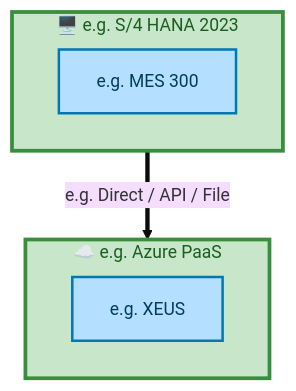
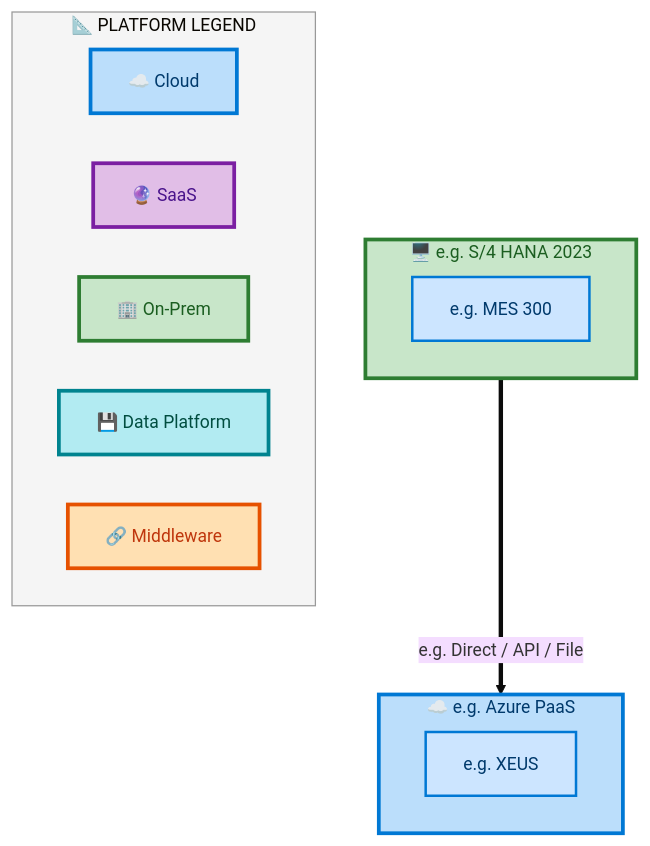
One commit to sajivfrancis777/IAO-Architecture changed the seventh of 7 diagrams in towers/E2E/Procure to Pay/E2E-107/output/docs/systems-architecture/E2E-107-Architecture.md. Above: the diagram before and after it, drawn with Mermaid. The commit also changed other lines of this file and 394 other files, not shown here.

First line of the commit message:
feat: structured layer ordering for Mermaid architecture diagrams

````diff
--- a/towers/E2E/Procure to Pay/E2E-107/output/docs/systems-architecture/E2E-107-Architecture.md
+++ b/towers/E2E/Procure to Pay/E2E-107/output/docs/systems-architecture/E2E-107-Architecture.md
@@ -601,22 +634,36 @@
 ```mermaid
 %%{init: {"theme": "base", "securityLevel": "loose", "themeVariables": {"fontSize": "14px", "fontFamily": "Segoe UI, Arial"}, "flowchart": {"useMaxWidth": false, "htmlLabels": true, "nodeSpacing": 40, "rankSpacing": 50}} }%%
 flowchart TB
-    classDef appBox fill:#B5DFFF,stroke:#0077B6,stroke-width:2px,color:#003D5B
-    classDef platBox fill:#C8E6C9,stroke:#388E3C,stroke-width:3px,color:#1B5E20
-    classDef eolBox fill:#FFB5B5,stroke:#CC0000,stroke-width:2px,color:#660000
+    classDef appBox fill:#CCE5FF,stroke:#0078D4,stroke-width:2px,color:#003A6C
+    classDef platBox fill:#C8E6C9,stroke:#2E7D32,stroke-width:3px,color:#1B5E20
+    classDef eolBox fill:#FFCDD2,stroke:#C62828,stroke-width:2px,color:#B71C1C
 
     subgraph E2E107FPLP_e_g_Azure_PaaS["☁️ e.g. Azure PaaS"]
         direction LR
         E2E107FPLA_e_g_XEUS["e.g. XEUS"]:::appBox
     end
-    style E2E107FPLP_e_g_Azure_PaaS fill:#C8E6C9,stroke:#388E3C,stroke-width:3px,color:#1B5E20
+    style E2E107FPLP_e_g_Azure_PaaS fill:#BBDEFB,stroke:#0078D4,stroke-width:3px,color:#003A6C
 
     subgraph E2E107FPLP_e_g_S_4_HANA_2023["🖥️ e.g. S/4 HANA 2023"]
         direction LR
         E2E107FPLA_e_g_MES_300["e.g. MES 300"]:::appBox
     end
-    style E2E107FPLP_e_g_S_4_HANA_2023 fill:#C8E6C9,stroke:#388E3C,stroke-width:3px,color:#1B5E20
+    style E2E107FPLP_e_g_S_4_HANA_2023 fill:#C8E6C9,stroke:#2E7D32,stroke-width:3px,color:#1B5E20
 
     E2E107FPLP_e_g_S_4_HANA_2023 ==>|"e.g. Direct / API / File"| E2E107FPLP_e_g_Azure_PaaS
 
+    subgraph E2E107FPLLegend["📐 PLATFORM LEGEND"]
+        direction LR
+        E2E107FPLLC["☁️ Cloud"]
+        E2E107FPLLS["🔮 SaaS"]
+        E2E107FPLLO["🏢 On-Prem"]
+        E2E107FPLLD["💾 Data Platform"]
+        E2E107FPLLM["🔗 Middleware"]
+    end
+    style E2E107FPLLegend fill:#F5F5F5,stroke:#999,stroke-width:1px
+    style E2E107FPLLC fill:#BBDEFB,stroke:#0078D4,stroke-width:3px,color:#003A6C
+    style E2E107FPLLS fill:#E1BEE7,stroke:#7B1FA2,stroke-width:3px,color:#4A148C
+    style E2E107FPLLO fill:#C8E6C9,stroke:#2E7D32,stroke-width:3px,color:#1B5E20
+    style E2E107FPLLD fill:#B2EBF2,stroke:#00838F,stroke-width:3px,color:#004D40
+    style E2E107FPLLM fill:#FFE0B2,stroke:#E65100,stroke-width:3px,color:#BF360C
 ```
````
